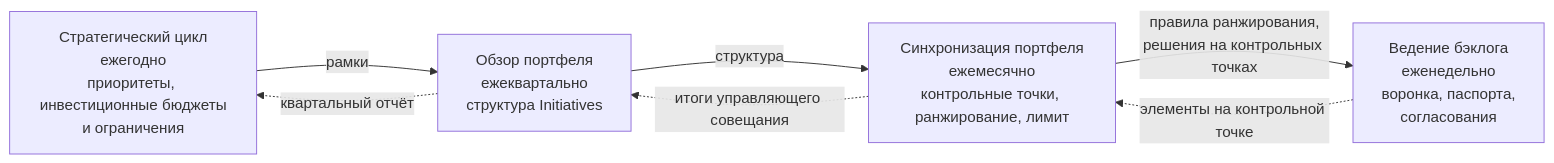
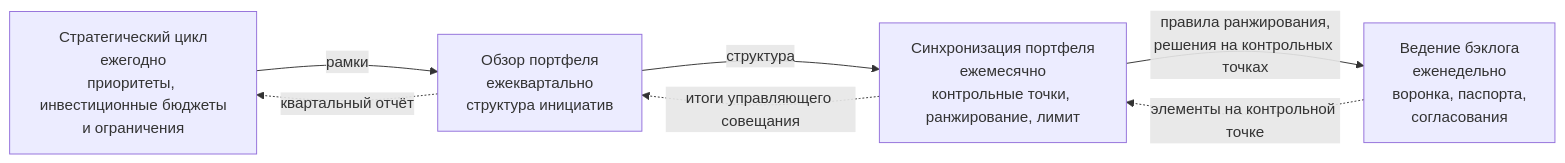
One commit to devhogu/ob-aicc changed the first of 5 diagrams in portal/content/ru/portfolio/the-loops-and-governance.md. Above: the diagram before and after it, drawn with Mermaid. The commit also changed other lines of this file and 150 other files, not shown here.

````diff
--- a/portal/content/ru/portfolio/the-loops-and-governance.md
+++ b/portal/content/ru/portfolio/the-loops-and-governance.md
@@ -24,9 +24,9 @@
 ```mermaid
 flowchart LR
-  Y["Стратегический цикл<br/>ежегодно<br/>приоритеты, инвестиционные бюджеты<br/>и ограничения"] -->|"рамки"| Q["Обзор портфеля<br/>ежеквартально<br/>структура Initiatives"]
+  Y["Стратегический цикл<br/>ежегодно<br/>приоритеты, инвестиционные бюджеты<br/>и ограничения"] -->|"рамки"| Q["Обзор портфеля<br/>ежеквартально<br/>структура инициатив"]
   Q -->|"структура"| M["Синхронизация портфеля<br/>ежемесячно<br/>контрольные точки, ранжирование, лимит"]
   M -->|"правила ранжирования,<br/>решения на контрольных точках"| W["Ведение бэклога<br/>еженедельно<br/>воронка, паспорта,<br/>согласования"]
   W -.->|"элементы на контрольной точке"| M
   M -.->|"итоги управляющего совещания"| Q
   Q -.->|"квартальный отчёт"| Y
 ```
````
